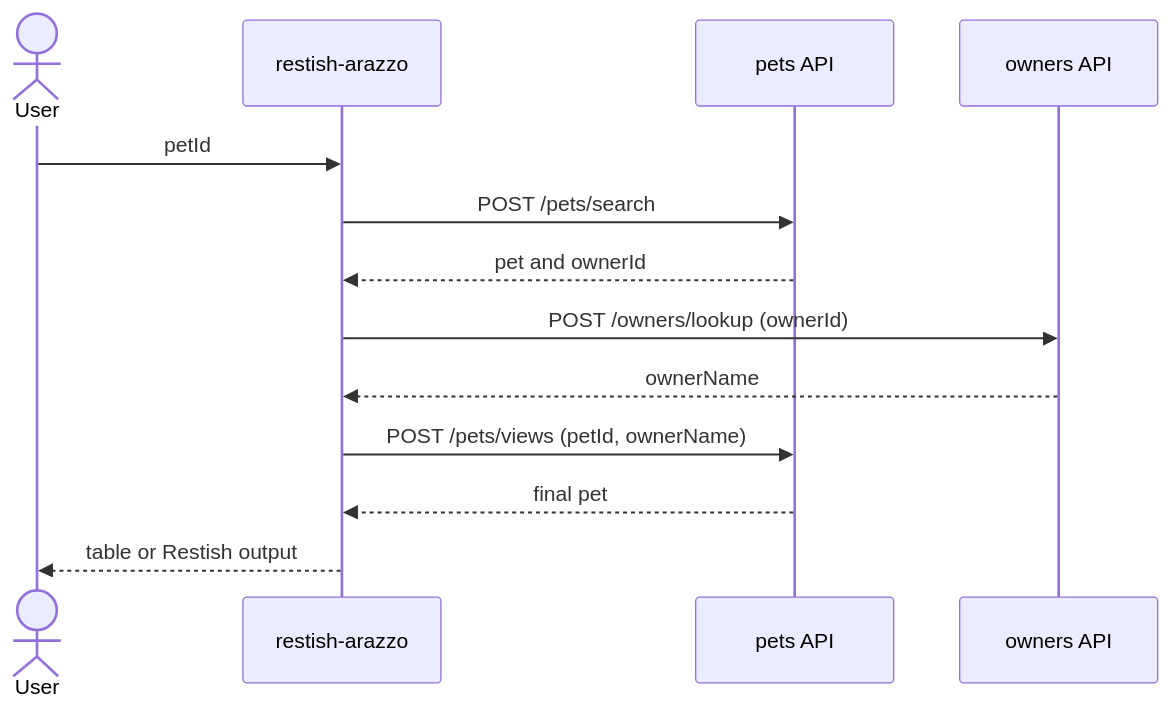
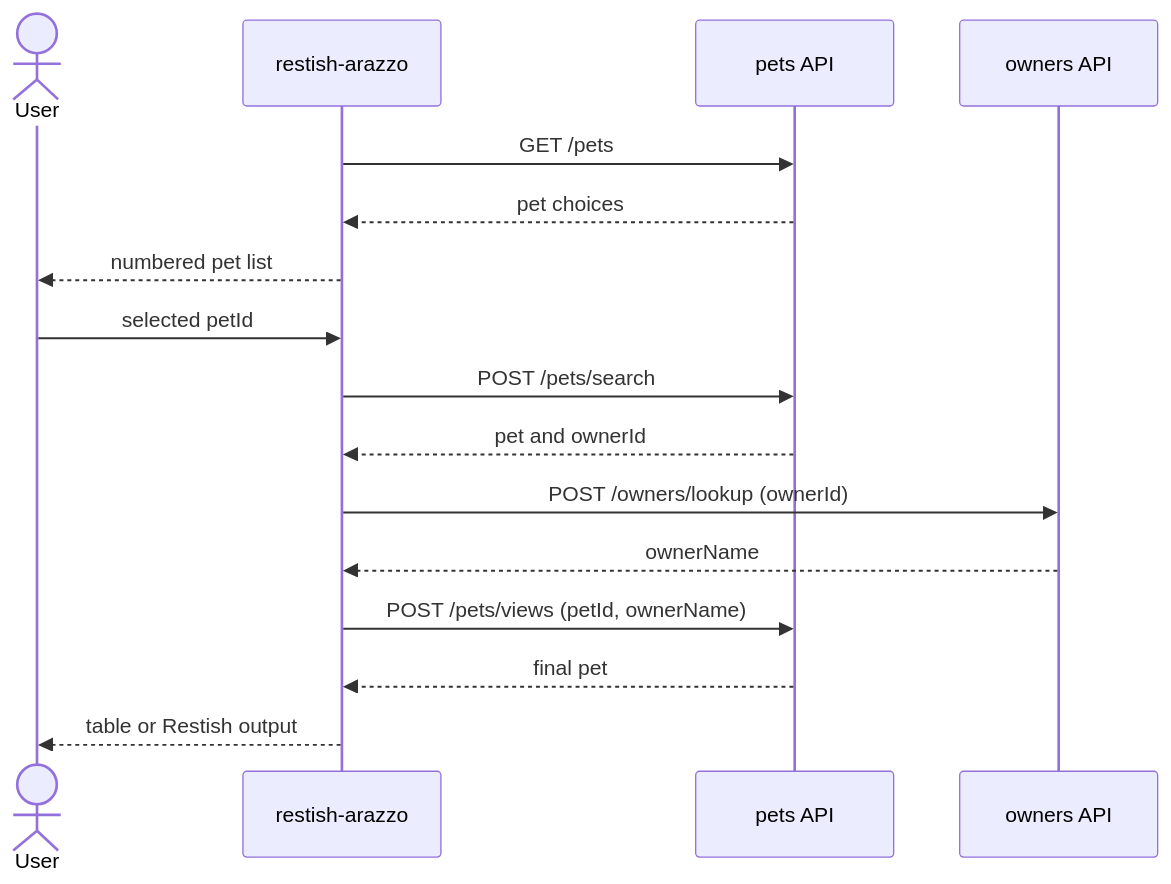
The diagram in README.md (natalie-o-perret/restish-plugin-arazzo), drawn with Mermaid before and after one commit. The commit also changed other lines of this file and 5 other files, not shown here.

````diff
--- a/README.md
+++ b/README.md
@@ -123,15 +148,18 @@
 ```mermaid
 sequenceDiagram
     actor User
     participant Plugin as restish-arazzo
     participant Pets as pets API
     participant Owners as owners API
-    User->>Plugin: petId
+    Plugin->>Pets: GET /pets
+    Pets-->>Plugin: pet choices
+    Plugin-->>User: numbered pet list
+    User->>Plugin: selected petId
     Plugin->>Pets: POST /pets/search
     Pets-->>Plugin: pet and ownerId
     Plugin->>Owners: POST /owners/lookup (ownerId)
     Owners-->>Plugin: ownerName
     Plugin->>Pets: POST /pets/views (petId, ownerName)
     Pets-->>Plugin: final pet
     Plugin-->>User: table or Restish output
 ```
````
